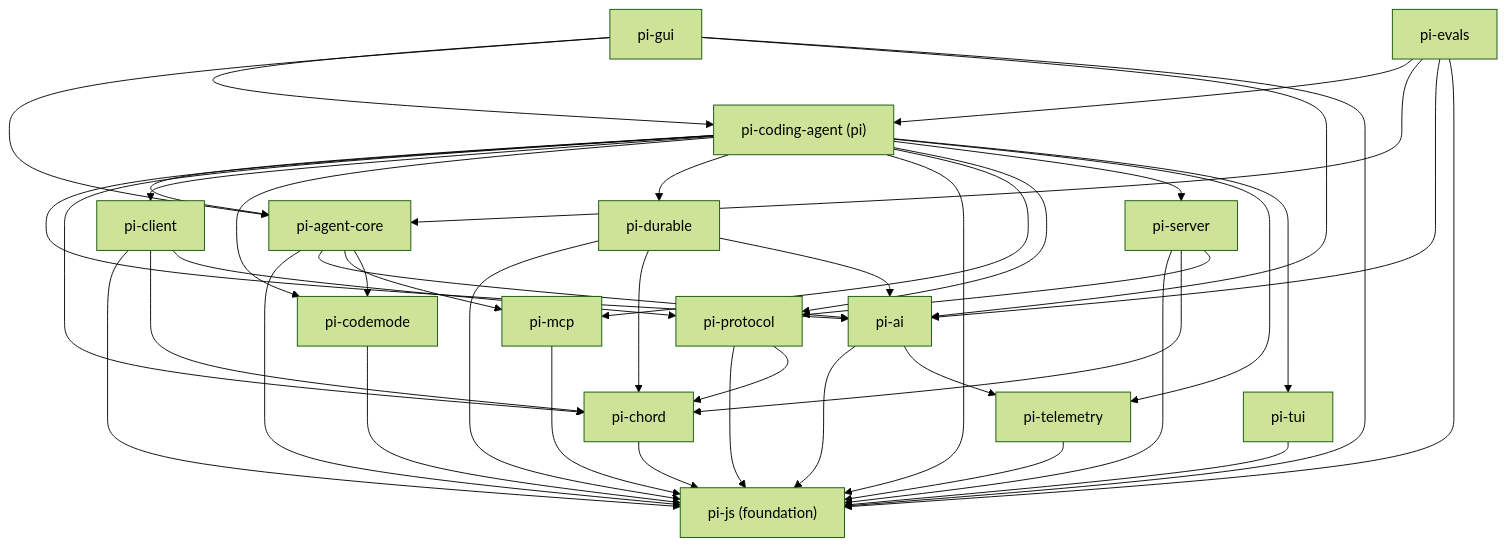
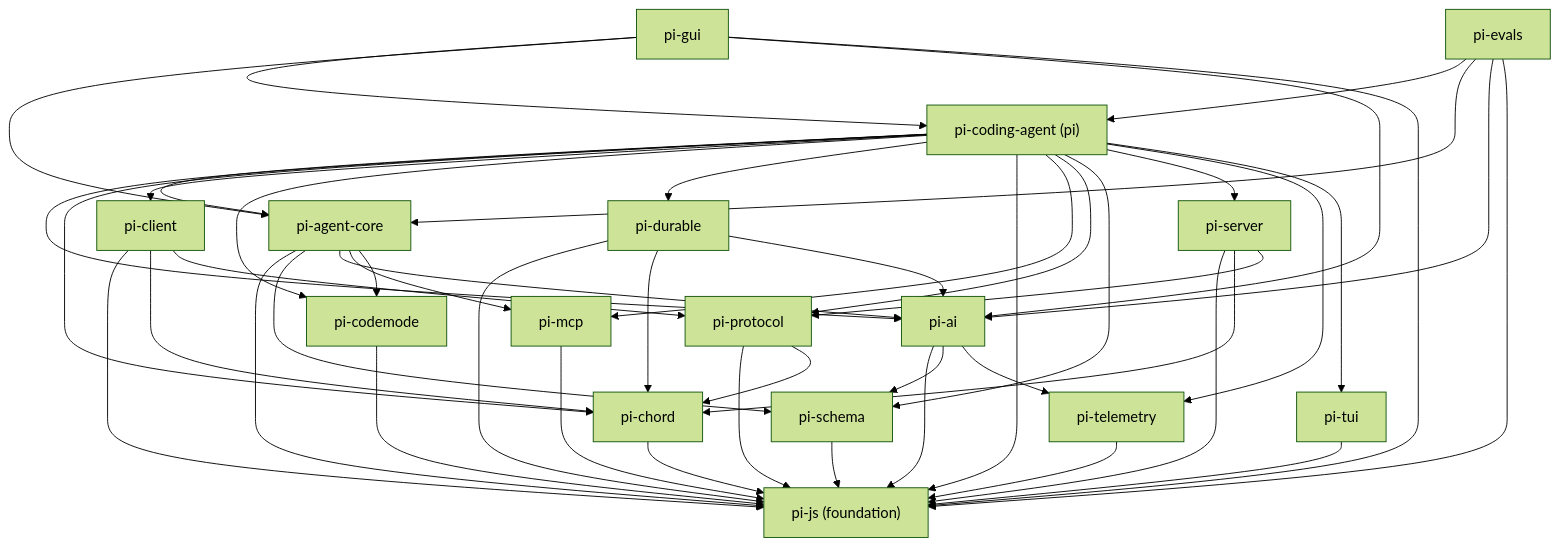
One commit to keejkrej/pi-rs changed the diagram in docs/architecture.md. Above: the diagram before and after it, drawn with Mermaid (forest theme). The commit also changed other lines of this file and 1059 other files, not shown here.

````diff
--- a/docs/architecture.md
+++ b/docs/architecture.md
@@ -7,73 +7,78 @@
 ```mermaid
 flowchart TD
     pi_js["pi-js (foundation)"]
 
+    pi_schema["pi-schema"]
     pi_telemetry["pi-telemetry"]
     pi_chord["pi-chord"]
     pi_tui["pi-tui"]
     pi_mcp["pi-mcp"]
     pi_codemode["pi-codemode"]
 
     pi_ai["pi-ai"]
     pi_protocol["pi-protocol"]
 
     pi_agent_core["pi-agent-core"]
     pi_client["pi-client"]
     pi_server["pi-server"]
     pi_durable["pi-durable"]
 
     pi_coding_agent["pi-coding-agent (pi)"]
     pi_gui["pi-gui"]
     pi_evals["pi-evals"]
 
+    pi_schema --> pi_js
     pi_telemetry --> pi_js
     pi_chord --> pi_js
     pi_tui --> pi_js
     pi_mcp --> pi_js
     pi_codemode --> pi_js
 
     pi_ai --> pi_js
+    pi_ai --> pi_schema
     pi_ai --> pi_telemetry
     pi_protocol --> pi_js
     pi_protocol --> pi_chord
 
     pi_agent_core --> pi_js
+    pi_agent_core --> pi_schema
     pi_agent_core --> pi_ai
     pi_agent_core --> pi_mcp
     pi_agent_core --> pi_codemode
 
     pi_client --> pi_js
     pi_client --> pi_chord
     pi_client --> pi_protocol
 
     pi_server --> pi_js
     pi_server --> pi_chord
     pi_server --> pi_protocol
 
     pi_durable --> pi_js
     pi_durable --> pi_chord
     pi_durable --> pi_ai
 
     pi_coding_agent --> pi_agent_core
     pi_coding_agent --> pi_ai
     pi_coding_agent --> pi_chord
     pi_coding_agent --> pi_client
     pi_coding_agent --> pi_codemode
     pi_coding_agent --> pi_durable
     pi_coding_agent --> pi_js
     pi_coding_agent --> pi_mcp
     pi_coding_agent --> pi_protocol
+    pi_coding_agent --> pi_schema
     pi_coding_agent --> pi_server
     pi_coding_agent --> pi_telemetry
     pi_coding_agent --> pi_tui
 
     pi_gui --> pi_coding_agent
     pi_gui --> pi_agent_core
     pi_gui --> pi_ai
     pi_gui --> pi_js
 
     pi_evals --> pi_coding_agent
     pi_evals --> pi_agent_core
     pi_evals --> pi_ai
     pi_evals --> pi_js
 ```
````
